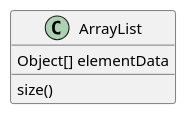
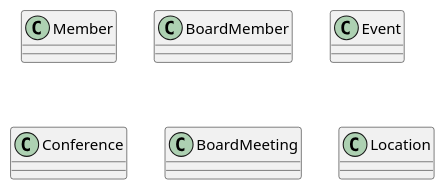
One commit to AlbertBeto/UMLClasesAlbertPB changed the diagram in src/UMLClasesUOC.puml. Above: the diagram before and after it, drawn with PlantUML. The commit also changed 1 other file, not shown here.

```diff
--- a/src/UMLClasesUOC.puml
+++ b/src/UMLClasesUOC.puml
@@ -1,10 +1,20 @@
 @startuml
 'https://plantuml.com/class-diagram
 
-class ArrayList {
-Object[] elementData
-size()
+class Member {
+}
+class BoardMember {
+}
+class Event {
+}
+class Conference {
+}
+class BoardMeeting {
+}
+class Location {
 }
 
 
+
+
 @enduml
```
